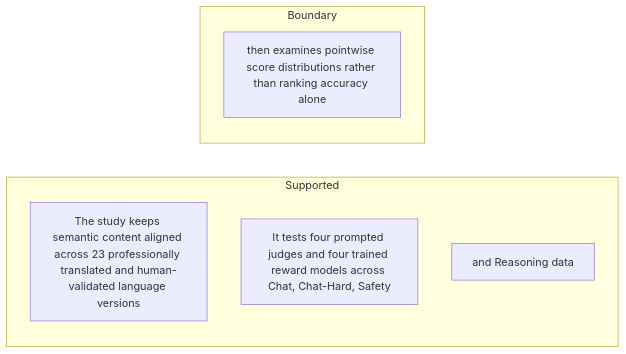
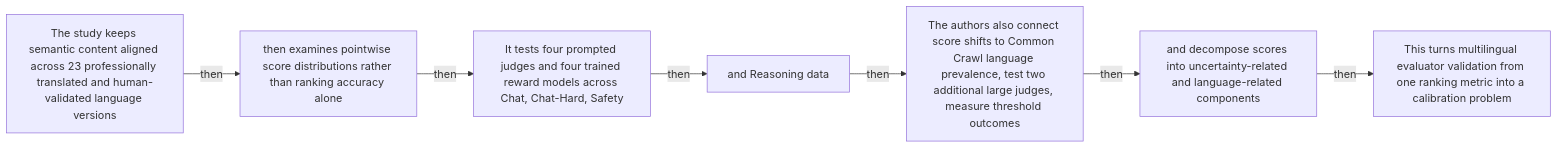
One commit to Betancourt1/paper_atlas changed the ninth of 48 diagrams in docs/visual-manifests/VISUAL_MANIFEST_LLM_EVALUATORS_LANGUAGES.md. Above: the diagram before and after it, drawn with Mermaid. The commit also changed other lines of this file and 7 other files, not shown here.

````diff
--- a/docs/visual-manifests/VISUAL_MANIFEST_LLM_EVALUATORS_LANGUAGES.md
+++ b/docs/visual-manifests/VISUAL_MANIFEST_LLM_EVALUATORS_LANGUAGES.md
@@ -692,11 +718,16 @@
 ```mermaid
 flowchart LR
-  subgraph Supported
-    a1["The study keeps semantic content aligned across 23 professionally translated and human-validated language versions"]
-    a2["It tests four prompted judges and four trained reward models across Chat, Chat-Hard, Safety"]
-    a3["and Reasoning data"]
-  end
-  subgraph Boundary
-    b1["then examines pointwise score distributions rather than ranking accuracy alone"]
-  end
+  n1["The study keeps semantic content aligned across 23 professionally translated and human-validated language versions"]
+  n2["then examines pointwise score distributions rather than ranking accuracy alone"]
+  n3["It tests four prompted judges and four trained reward models across Chat, Chat-Hard, Safety"]
+  n4["and Reasoning data"]
+  n5["The authors also connect score shifts to Common Crawl language prevalence, test two additional large judges, measure threshold outcomes"]
+  n6["and decompose scores into uncertainty-related and language-related components"]
+  n7["This turns multilingual evaluator validation from one ranking metric into a calibration problem"]
+  n1 -->|"then"| n2
+  n2 -->|"then"| n3
+  n3 -->|"then"| n4
+  n4 -->|"then"| n5
+  n5 -->|"then"| n6
+  n6 -->|"then"| n7
 ```
````
